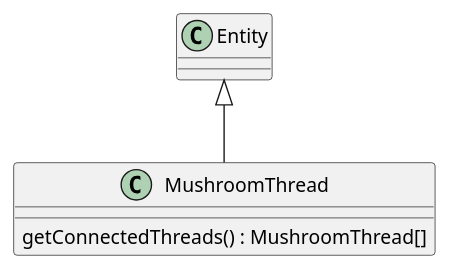
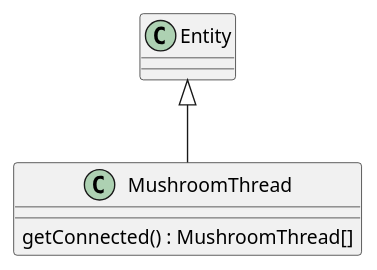
Before and after one commit to Petya-G/fungorium: the diagram in 3/classes/mushroomThread.puml, drawn with PlantUML. The commit also changed 8 other files, not shown here.

```diff
--- a/3/classes/mushroomThread.puml
+++ b/3/classes/mushroomThread.puml
@@ -1,7 +1,7 @@
 @startuml mushroomThread
 
 Entity <|-- MushroomThread
 class MushroomThread{
-    getConnectedThreads() : MushroomThread[] 
+    getConnected() : MushroomThread[] 
 }
 @enduml
```
